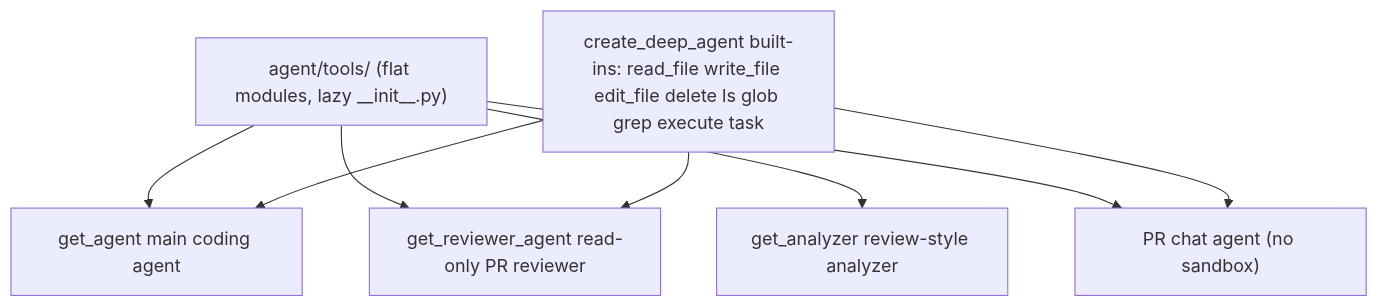
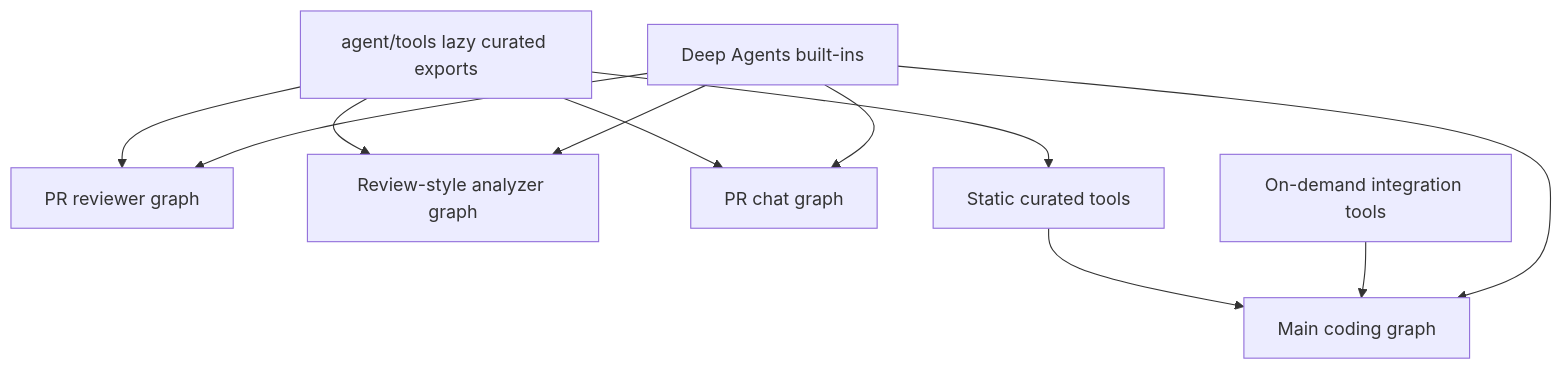
The diagram in openwiki/concepts/tools.md (langchain-ai/open-swe), drawn with Mermaid before and after one commit. The commit also changed other lines of this file and 14 other files, not shown here.

````diff
--- a/openwiki/concepts/tools.md
+++ b/openwiki/concepts/tools.md
@@ -83,17 +79,22 @@
 ```mermaid
 flowchart TD
-    Tools["agent/tools/ (flat modules, lazy __init__.py)"]
-    Deep["create_deep_agent built-ins: read_file write_file edit_file delete ls glob grep execute task"]
-    Agent["get_agent main coding agent"]
-    Reviewer["get_reviewer_agent read-only PR reviewer"]
-    Analyzer["get_analyzer review-style analyzer"]
-    Chat["PR chat agent (no sandbox)"]
+    Package["agent/tools lazy curated exports"]
+    Builtins["Deep Agents built-ins"]
+    Main["Main coding graph"]
+    Reviewer["PR reviewer graph"]
+    Analyzer["Review-style analyzer graph"]
+    Chat["PR chat graph"]
+    Static["Static curated tools"]
+    Dynamic["On-demand integration tools"]
 
-    Tools --> Agent
-    Tools --> Reviewer
-    Tools --> Analyzer
-    Tools --> Chat
-    Deep --> Agent
-    Deep --> Reviewer
-    Deep --> Chat
+    Package --> Static
+    Static --> Main
+    Dynamic --> Main
+    Package --> Reviewer
+    Package --> Analyzer
+    Package --> Chat
+    Builtins --> Main
+    Builtins --> Reviewer
+    Builtins --> Analyzer
+    Builtins --> Chat
 ```
````
